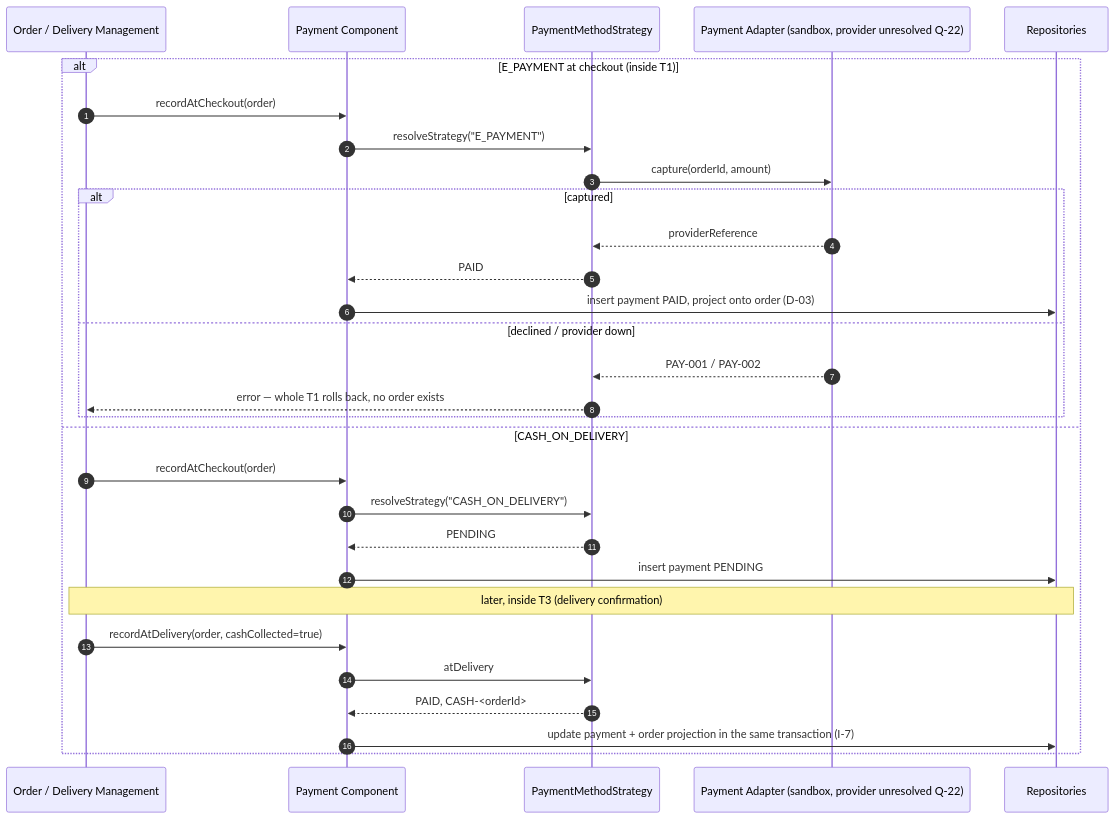
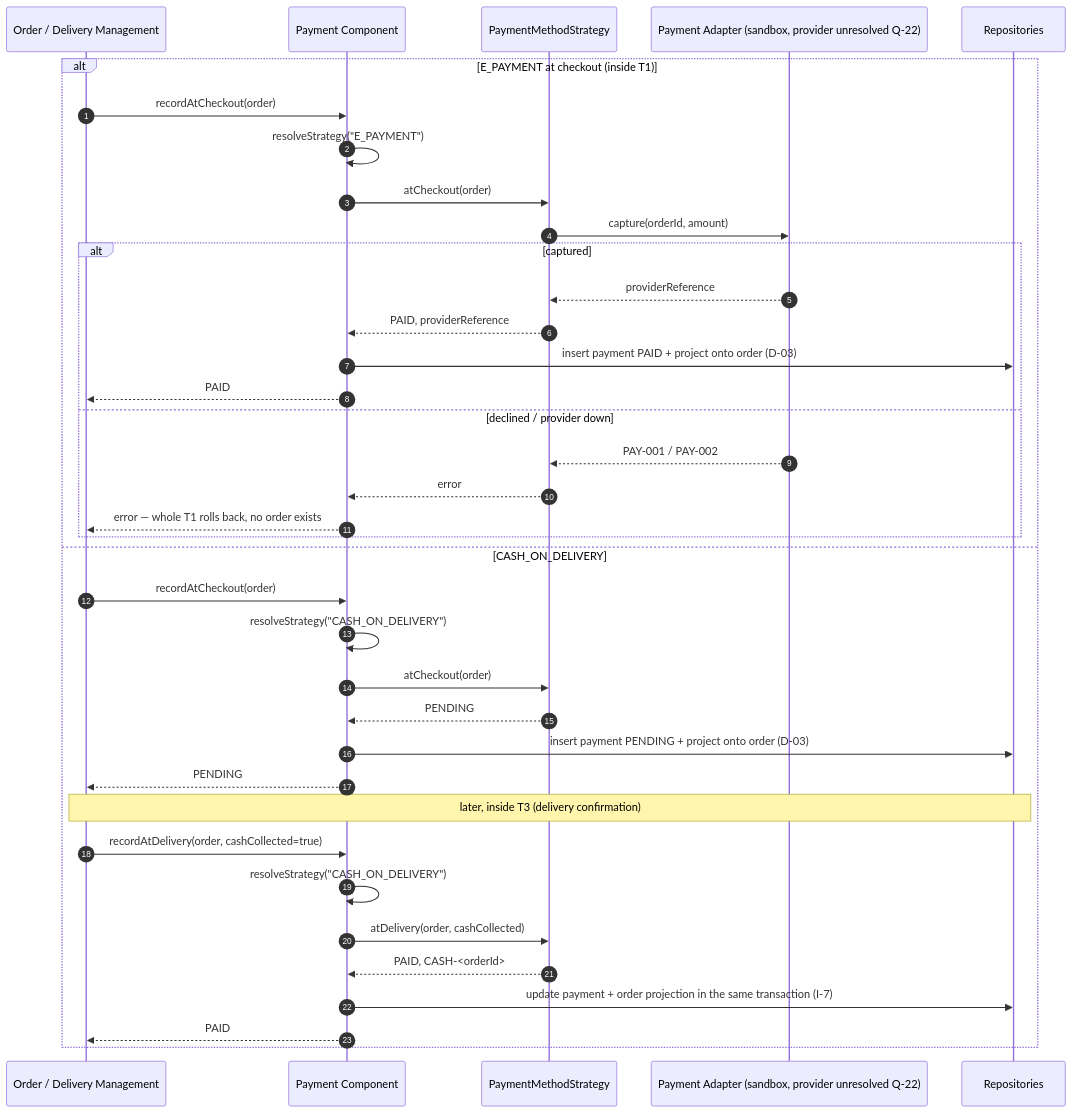
The diagram in docs/uml/sequence-uc03-payment.mmd (HamzaBL04/FoodGO), drawn with Mermaid before and after one commit. The commit also changed 32 other files, not shown here.

First line of the commit message:
docs(lab5): design practical session — worksheet, SDD skeleton, peer-review fixes

```diff
--- a/docs/uml/sequence-uc03-payment.mmd
+++ b/docs/uml/sequence-uc03-payment.mmd
@@ -1,32 +1,40 @@
 %% UC-03 Record payment status — Strategy + Adapter (SDD Figure 5)
+%% Lab 5 peer review: resolveStrategy is a self-call; replies return to their caller.
 sequenceDiagram
   autonumber
   participant OM as Order / Delivery Management
   participant PC as Payment Component
   participant ST as PaymentMethodStrategy
   participant AD as Payment Adapter (sandbox, provider unresolved Q-22)
   participant DB as Repositories
 
   alt E_PAYMENT at checkout (inside T1)
     OM->>PC: recordAtCheckout(order)
-    PC->>ST: resolveStrategy("E_PAYMENT")
+    PC->>PC: resolveStrategy("E_PAYMENT")
+    PC->>ST: atCheckout(order)
     ST->>AD: capture(orderId, amount)
     alt captured
       AD-->>ST: providerReference
-      ST-->>PC: PAID
-      PC->>DB: insert payment PAID, project onto order (D-03)
+      ST-->>PC: PAID, providerReference
+      PC->>DB: insert payment PAID + project onto order (D-03)
+      PC-->>OM: PAID
     else declined / provider down
       AD-->>ST: PAY-001 / PAY-002
-      ST-->>OM: error — whole T1 rolls back, no order exists
+      ST-->>PC: error
+      PC-->>OM: error — whole T1 rolls back, no order exists
     end
   else CASH_ON_DELIVERY
     OM->>PC: recordAtCheckout(order)
-    PC->>ST: resolveStrategy("CASH_ON_DELIVERY")
+    PC->>PC: resolveStrategy("CASH_ON_DELIVERY")
+    PC->>ST: atCheckout(order)
     ST-->>PC: PENDING
-    PC->>DB: insert payment PENDING
+    PC->>DB: insert payment PENDING + project onto order (D-03)
+    PC-->>OM: PENDING
     note over OM,DB: later, inside T3 (delivery confirmation)
     OM->>PC: recordAtDelivery(order, cashCollected=true)
-    PC->>ST: atDelivery
+    PC->>PC: resolveStrategy("CASH_ON_DELIVERY")
+    PC->>ST: atDelivery(order, cashCollected)
     ST-->>PC: PAID, CASH-<orderId>
     PC->>DB: update payment + order projection in the same transaction (I-7)
+    PC-->>OM: PAID
   end
```
